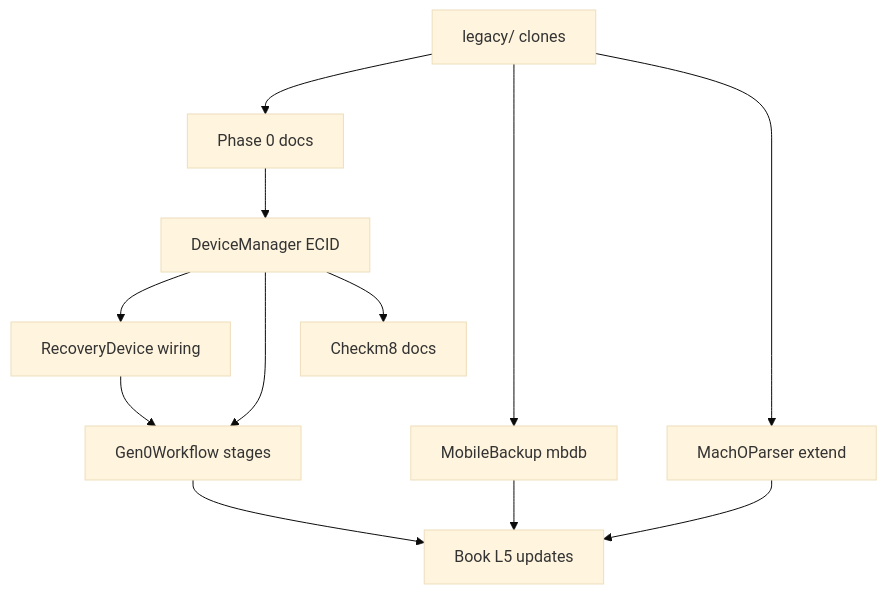
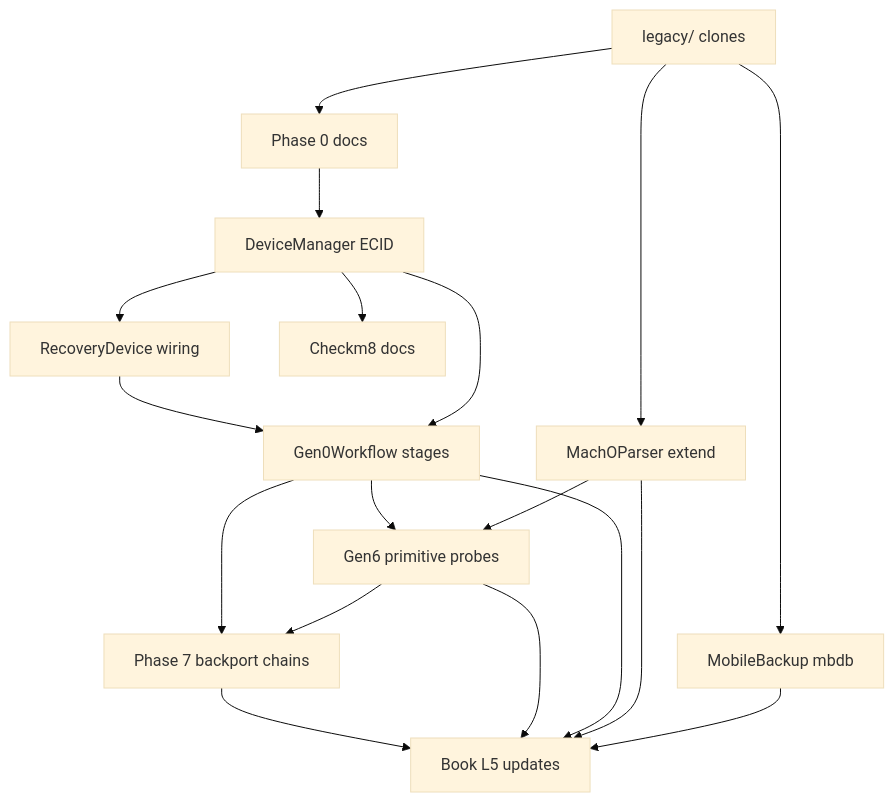
Before and after one commit to posixninja/purplepois0n: the second of 2 diagrams in docs/legacy/INTEGRATION_PLAN.md, drawn with Mermaid (base theme). The commit also changed other lines of this file and 166 other files, not shown here.

````diff
--- a/docs/legacy/INTEGRATION_PLAN.md
+++ b/docs/legacy/INTEGRATION_PLAN.md
@@ -261,24 +374,32 @@
 ```mermaid
 flowchart TB
     LEG[legacy/ clones]
     P0[Phase 0 docs]
     DM[DeviceManager ECID]
     REC[RecoveryDevice wiring]
     MB[MobileBackup mbdb]
     MACH[MachOParser extend]
     G0[Gen0Workflow stages]
     CK8[Checkm8 docs]
     BOOK[Book L5 updates]
+    PRIM[Gen6 primitive probes]
+    BP[Phase 7 backport chains]
 
     LEG --> P0
     P0 --> DM
     DM --> REC
     DM --> G0
     REC --> G0
     LEG --> MB
     LEG --> MACH
     MB --> BOOK
     MACH --> BOOK
     G0 --> BOOK
     DM --> CK8
+    MACH --> PRIM
+    G0 --> PRIM
+    PRIM --> BOOK
+    PRIM --> BP
+    G0 --> BP
+    BP --> BOOK
 ```
````
